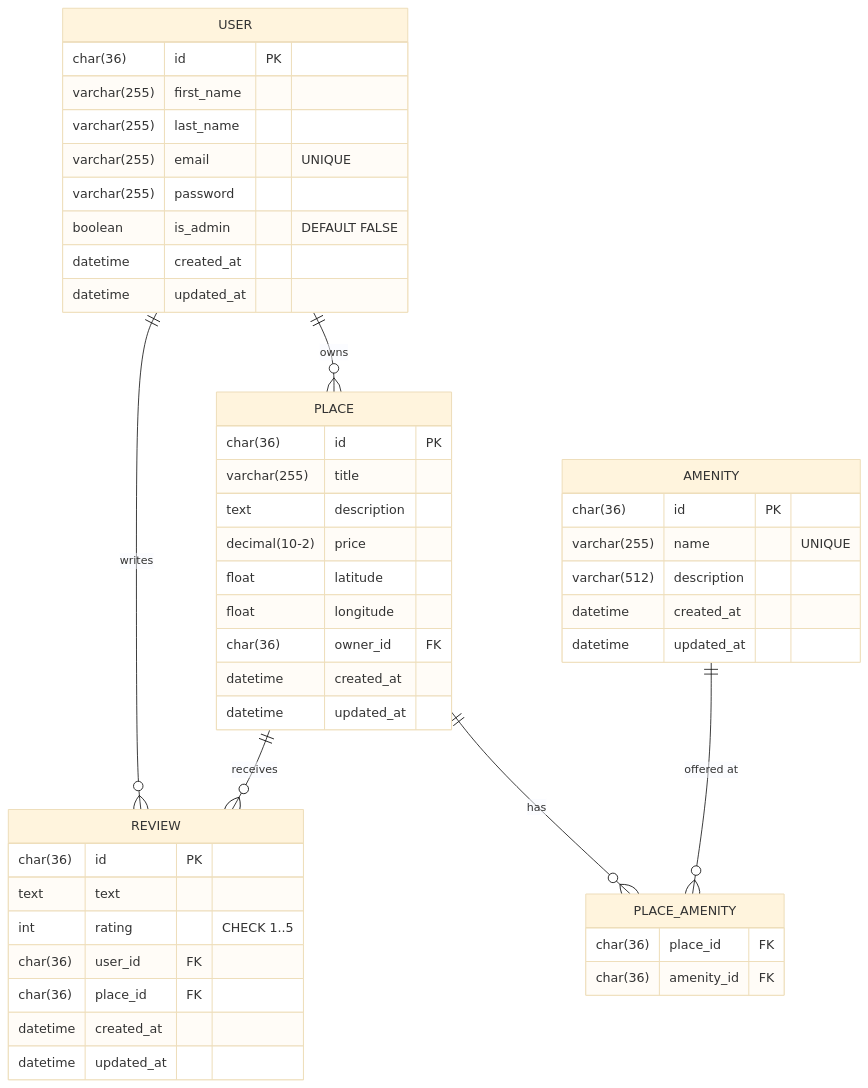
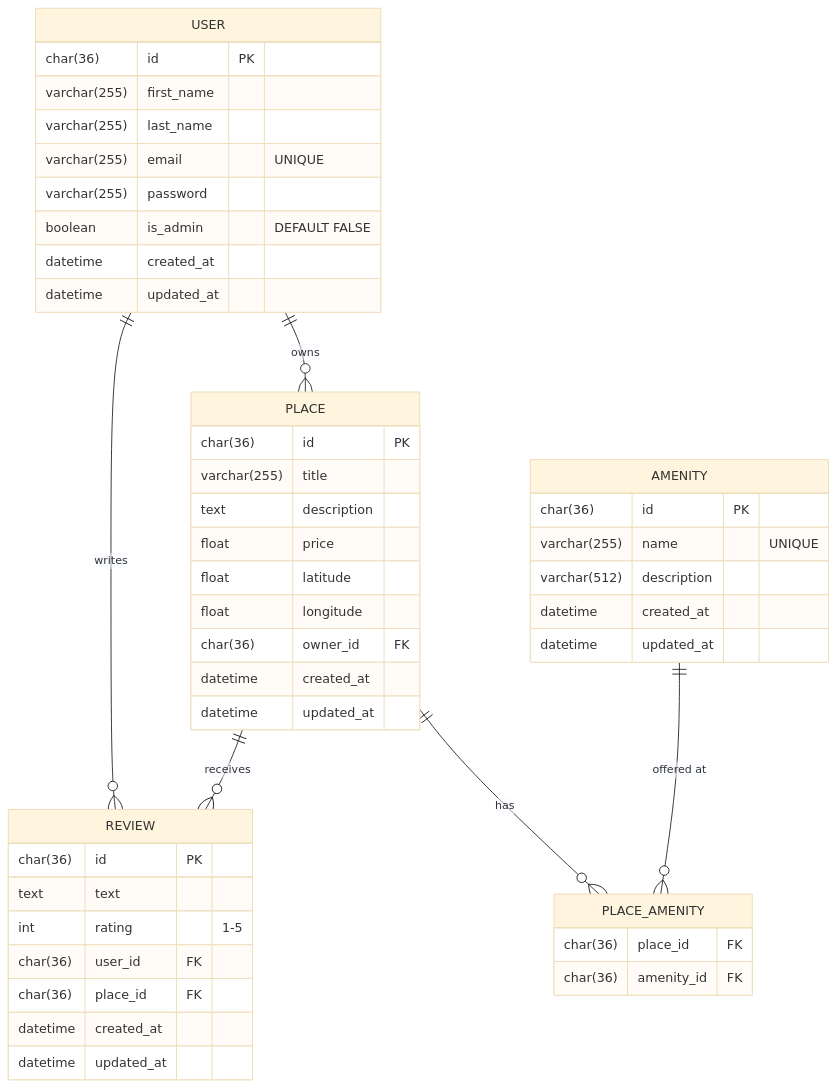
Before and after one commit to rabea14180-max/holbertonschool-hbnb: the diagram in part3/ERD.md, drawn with Mermaid (base theme). The commit also changed other lines of this file, not shown here.

Commit message:
feat: add initial Entity Relationship Diagram (ERD) for HBnB database schema.

````diff
--- a/part3/ERD.md
+++ b/part3/ERD.md
@@ -3,61 +3,54 @@
 ```mermaid
 erDiagram
     USER {
-        char(36)    id          PK
-        varchar(255) first_name
-        varchar(255) last_name
-        varchar(255) email       "UNIQUE"
-        varchar(255) password
-        boolean     is_admin    "DEFAULT FALSE"
-        datetime    created_at
-        datetime    updated_at
+        char(36)      id         PK
+        varchar(255)  first_name
+        varchar(255)  last_name
+        varchar(255)  email       "UNIQUE"
+        varchar(255)  password
+        boolean       is_admin    "DEFAULT FALSE"
+        datetime      created_at
+        datetime      updated_at
     }
 
     PLACE {
-        char(36)        id          PK
-        varchar(255)    title
-        text            description
-        decimal(10-2)   price
-        float           latitude
-        float           longitude
-        char(36)        owner_id    FK
-        datetime        created_at
-        datetime        updated_at
+        char(36)     id          PK
+        varchar(255) title
+        text         description
+        float        price
+        float        latitude
+        float        longitude
+        char(36)     owner_id    FK
+        datetime     created_at
+        datetime     updated_at
     }
 
     REVIEW {
-        char(36)    id          PK
-        text        text
-        int         rating      "CHECK 1..5"
-        char(36)    user_id     FK
-        char(36)    place_id    FK
-        datetime    created_at
-        datetime    updated_at
+        char(36) id         PK
+        text     text
+        int      rating     "1-5"
+        char(36) user_id    FK
+        char(36) place_id   FK
+        datetime created_at
+        datetime updated_at
     }
 
     AMENITY {
-        char(36)        id          PK
-        varchar(255)    name        "UNIQUE"
-        varchar(512)    description
-        datetime        created_at
-        datetime        updated_at
+        char(36)     id          PK
+        varchar(255) name        "UNIQUE"
+        varchar(512) description
+        datetime     created_at
+        datetime     updated_at
     }
 
     PLACE_AMENITY {
-        char(36)    place_id    FK
-        char(36)    amenity_id  FK
+        char(36) place_id   FK
+        char(36) amenity_id FK
     }
 
-    %% One-to-many: a User owns many Places
-    USER ||--o{ PLACE : "owns"
-
-    %% One-to-many: a User writes many Reviews
-    USER ||--o{ REVIEW : "writes"
-
-    %% One-to-many: a Place has many Reviews
-    PLACE ||--o{ REVIEW : "receives"
-
-    %% Many-to-many: Place <-> Amenity via join table
+    USER         ||--o{ PLACE         : "owns"
+    USER         ||--o{ REVIEW        : "writes"
+    PLACE        ||--o{ REVIEW        : "receives"
     PLACE        ||--o{ PLACE_AMENITY : "has"
     AMENITY      ||--o{ PLACE_AMENITY : "offered at"
 ```
````
